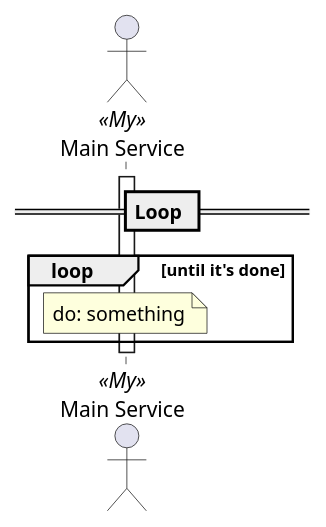
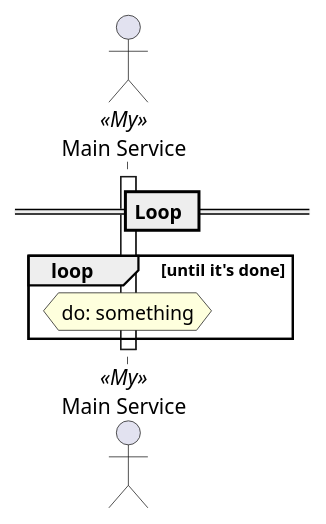
The diagram in docs/tuc/examples/loop.puml (TypedUseCase/tuc-console), drawn with PlantUML before and after one commit. The commit also changed 20 other files, not shown here.

```diff
--- a/docs/tuc/examples/loop.puml
+++ b/docs/tuc/examples/loop.puml
@@ -1,16 +1,16 @@
 @startuml loop
 
 == Loop ==
 
 actor "Main Service" as MainService <<My>>
 
 activate MainService
 loop until it's done
-    note over MainService
+    hnote over MainService
     do: something
-    end note
+    end hnote
 end
 
 deactivate MainService
 
 @enduml
```
